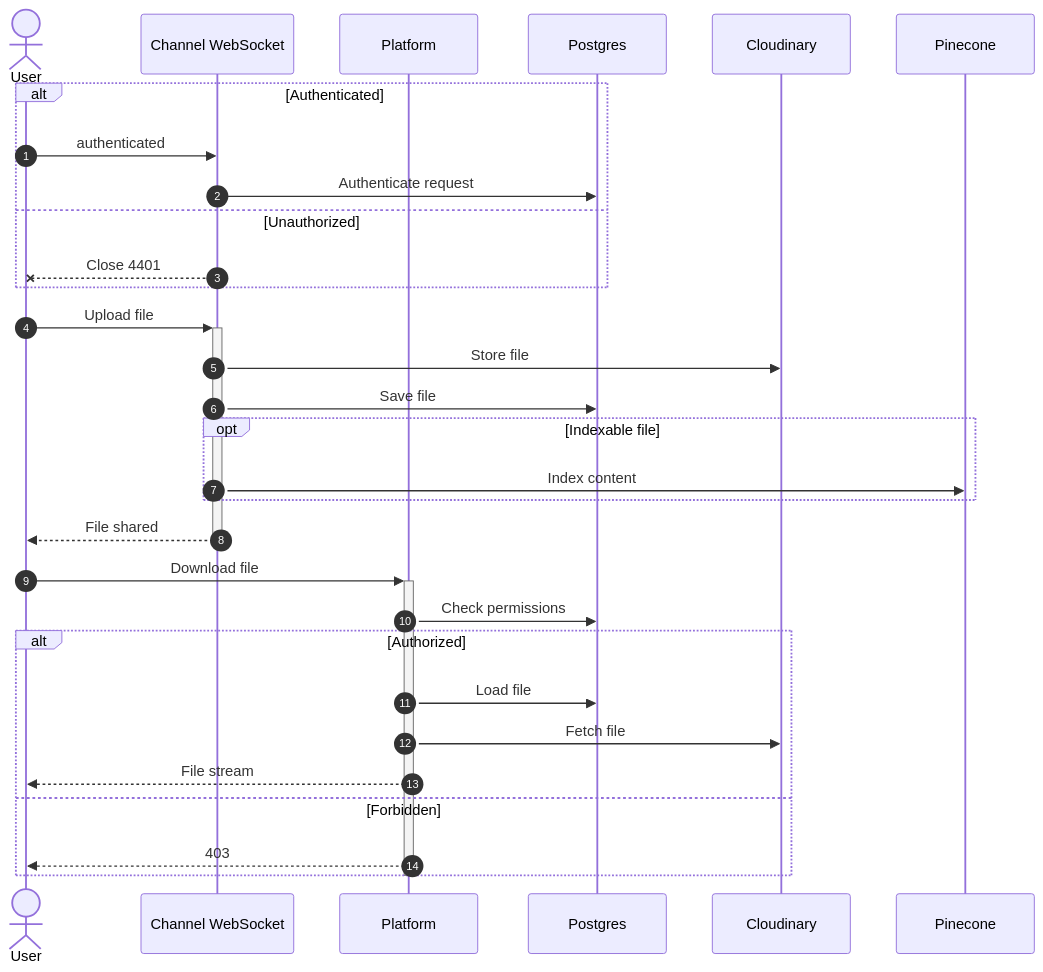
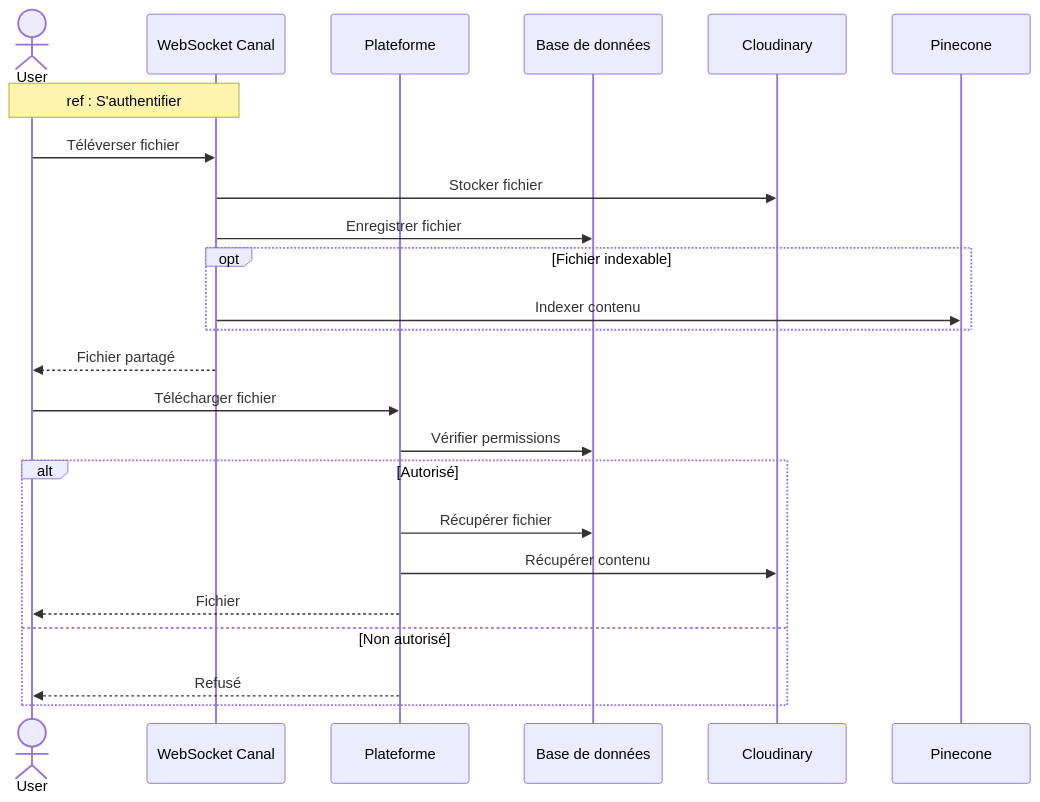
One commit to MohamedChebbi123/teamnest changed the tenth of 16 diagrams in docs/SEQUENCE_DIAGRAMS.md. Above: the diagram before and after it, drawn with Mermaid. The commit also changed other lines of this file, not shown here.

````diff
--- a/docs/SEQUENCE_DIAGRAMS.md
+++ b/docs/SEQUENCE_DIAGRAMS.md
@@ -355,36 +304,29 @@
 ```mermaid
 sequenceDiagram
-    autonumber
     actor User
-    participant WS as Channel WebSocket
-    participant API as Platform
-    participant DB as Postgres
+    participant WS as WebSocket Canal
+    participant API as Plateforme
+    participant DB as Base de données
     participant Cloud as Cloudinary
     participant Vec as Pinecone
 
-    alt Authenticated
-        User->>WS: authenticated
-        WS->>DB: Authenticate request
-    else Unauthorized
-        WS--xUser: Close 4401
+    Note over User,WS: ref : S'authentifier
+
+    User->>WS: Téléverser fichier
+    WS->>Cloud: Stocker fichier
+    WS->>DB: Enregistrer fichier
+    opt Fichier indexable
+        WS->>Vec: Indexer contenu
     end
+    WS-->>User: Fichier partagé
 
-    User->>+WS: Upload file
-    WS->>Cloud: Store file
-    WS->>DB: Save file
-    opt Indexable file
-        WS->>Vec: Index content
+    User->>API: Télécharger fichier
+    API->>DB: Vérifier permissions
+    alt Autorisé
+        API->>DB: Récupérer fichier
+        API->>Cloud: Récupérer contenu
+        API-->>User: Fichier
+    else Non autorisé
+        API-->>User: Refusé
     end
-    WS-->>-User: File shared
-
-    User->>+API: Download file
-    API->>DB: Check permissions
-    alt Authorized
-        API->>DB: Load file
-        API->>Cloud: Fetch file
-        API-->>User: File stream
-    else Forbidden
-        API-->>User: 403
-    end
-    deactivate API
 ```
````
